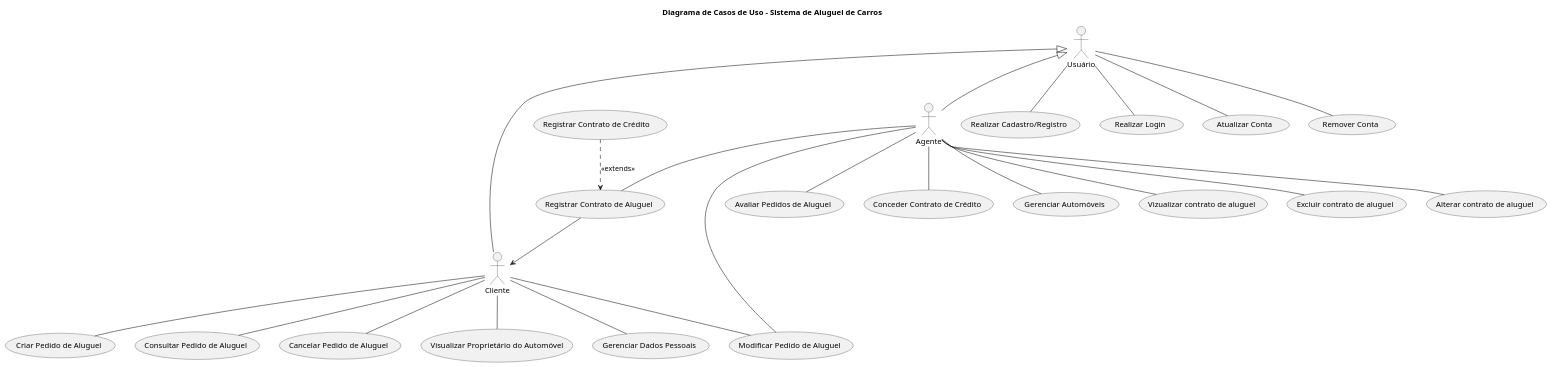
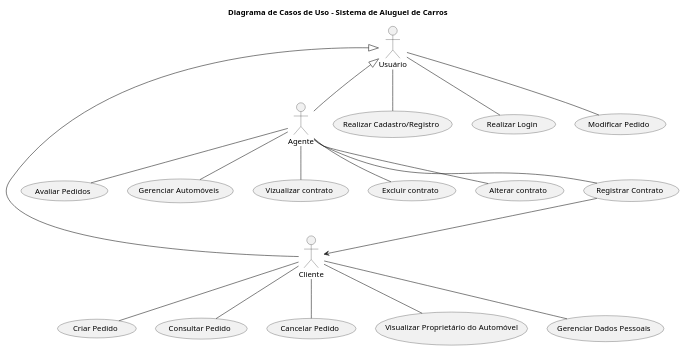
Before and after one commit to Athoosz/Sistema_de_Aluguel_de_Carros: the diagram in projeto/UseCase.puml, drawn with PlantUML.

Commit message:
feat: Atualizando Caso de uso

```diff
--- a/projeto/UseCase.puml
+++ b/projeto/UseCase.puml
@@ -1,61 +1,52 @@
 @startuml
 title Diagrama de Casos de Uso - Sistema de Aluguel de Carros
 
 actor "Usuário" as Usuario
 actor "Cliente" as Cliente
 actor "Agente" as Agente
 
 Usuario <|-- Cliente
 Usuario <|-- Agente
 
 ' Casos de uso de autenticação
 usecase "Realizar Cadastro/Registro" as UC_Cadastrar
 usecase "Realizar Login" as UC_Login
-usecase "Atualizar Conta" as UC_AtualizarConta
-usecase "Remover Conta" as UC_RemoverConta
 
 ' Casos de uso do Cliente
-usecase "Criar Pedido de Aluguel" as UC_CriarPedido
-usecase "Consultar Pedido de Aluguel" as UC_ConsultarPedido
-usecase "Cancelar Pedido de Aluguel" as UC_CancelarPedido
+usecase "Criar Pedido" as UC_CriarPedido
+usecase "Consultar Pedido" as UC_ConsultarPedido
+usecase "Cancelar Pedido" as UC_CancelarPedido
 usecase "Visualizar Proprietário do Automóvel" as UC_VisualizarProprietario
 usecase "Gerenciar Dados Pessoais" as UC_GerenciarDadosPessoais
 
 ' Casos de uso do Agente
-usecase "Avaliar Pedidos de Aluguel" as UC_AvaliarPedido
-usecase "Conceder Contrato de Crédito" as UC_ConcederCredito
+usecase "Avaliar Pedidos" as UC_AvaliarPedido
 usecase "Gerenciar Automóveis" as UC_GerenciarAutomoveis
-usecase "Vizualizar contrato de aluguel" as UC_VizualizarContratoAluguel
-usecase "Excluir contrato de aluguel" as UC_ExcluirContratoAluguel
-usecase "Alterar contrato de aluguel" as UC_AlterarContratoAluguel
+usecase "Vizualizar contrato" as UC_VizualizarContrato
+usecase "Excluir contrato" as UC_ExcluirContrato
+usecase "Alterar contrato" as UC_AlterarContrato
 
 ' Casos de uso do Agente e cliente
-usecase "Modificar Pedido de Aluguel" as UC_ModificarPedido
-usecase "Registrar Contrato de Aluguel" as UC_RegistrarContrato
-usecase "Registrar Contrato de Crédito   " as UC_RegistrarContratoCredito
+usecase "Modificar Pedido" as UC_ModificarPedido
+usecase "Registrar Contrato" as UC_RegistrarContrato
 
 ' Relacionamentos
 Usuario -- UC_Cadastrar
 Usuario -- UC_Login
-Usuario -- UC_AtualizarConta
-Usuario -- UC_RemoverConta
+Usuario -- UC_ModificarPedido
 
 Cliente -- UC_CriarPedido
-Cliente -- UC_ModificarPedido
 Cliente -- UC_ConsultarPedido
 Cliente -- UC_CancelarPedido
 Cliente -- UC_VisualizarProprietario
 Cliente -- UC_GerenciarDadosPessoais
 
 Agente -- UC_AvaliarPedido
-Agente -- UC_ModificarPedido
 Agente -- UC_RegistrarContrato
-(UC_RegistrarContratoCredito) ..> (UC_RegistrarContrato) : <<extends>>
-Agente -- UC_ConcederCredito
 Agente -- UC_GerenciarAutomoveis
-Agente -- UC_VizualizarContratoAluguel
-Agente -- UC_ExcluirContratoAluguel
-Agente -- UC_AlterarContratoAluguel
+Agente -- UC_VizualizarContrato
+Agente -- UC_ExcluirContrato
+Agente -- UC_AlterarContrato
 
 UC_RegistrarContrato --> Cliente
 @enduml
```
